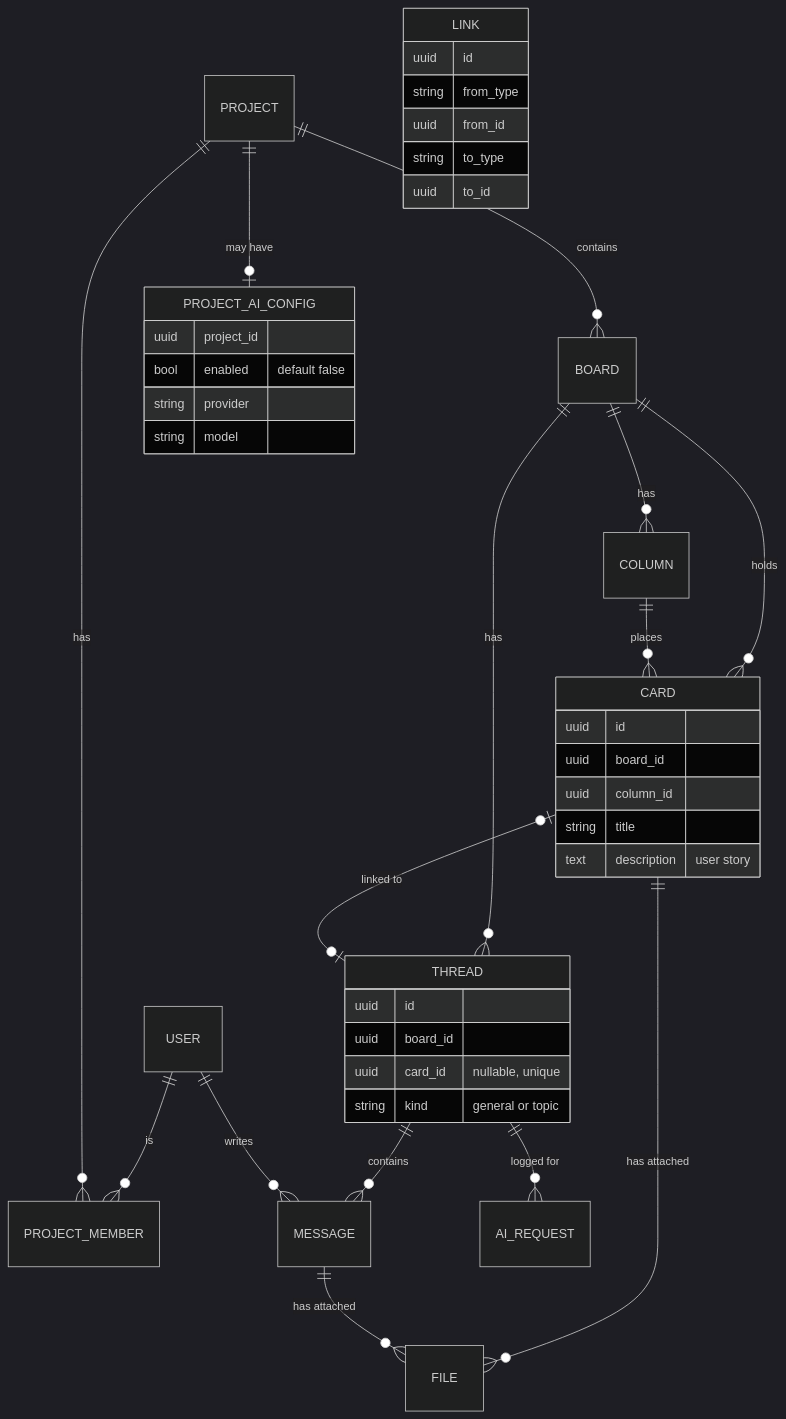
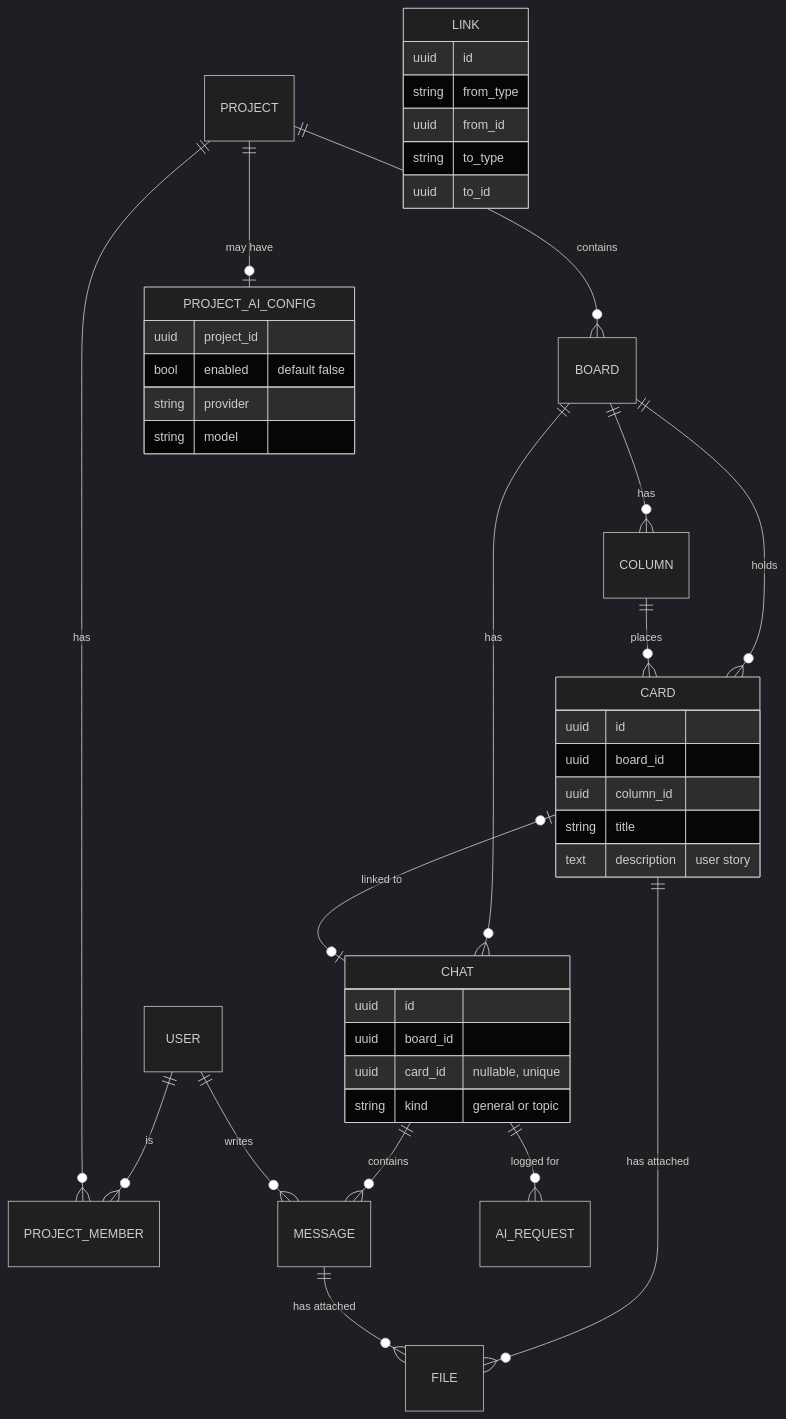
One commit to jongane/Tessera changed the diagram in docs/data-model.md. Above: the diagram before and after it, drawn with Mermaid (dark theme). The commit also changed other lines of this file and 56 other files, not shown here.

First line of the commit message:
refactor: rename thread to chat in the database, API and code (#28)

````diff
--- a/docs/data-model.md
+++ b/docs/data-model.md
@@ -7,44 +7,44 @@
 ```mermaid
 erDiagram
     USER ||--o{ PROJECT_MEMBER : "is"
     PROJECT ||--o{ PROJECT_MEMBER : "has"
     PROJECT ||--o{ BOARD : "contains"
     PROJECT ||--o| PROJECT_AI_CONFIG : "may have"
     BOARD ||--o{ COLUMN : "has"
     BOARD ||--o{ CARD : "holds"
     COLUMN ||--o{ CARD : "places"
-    BOARD ||--o{ THREAD : "has"
-    CARD |o--o| THREAD : "linked to"
-    THREAD ||--o{ MESSAGE : "contains"
+    BOARD ||--o{ CHAT : "has"
+    CARD |o--o| CHAT : "linked to"
+    CHAT ||--o{ MESSAGE : "contains"
     USER ||--o{ MESSAGE : "writes"
     CARD ||--o{ FILE : "has attached"
     MESSAGE ||--o{ FILE : "has attached"
-    THREAD ||--o{ AI_REQUEST : "logged for"
+    CHAT ||--o{ AI_REQUEST : "logged for"
 
-    THREAD {
+    CHAT {
         uuid id
         uuid board_id
         uuid card_id "nullable, unique"
         string kind "general or topic"
     }
     PROJECT_AI_CONFIG {
         uuid project_id
         bool enabled "default false"
         string provider
         string model
     }
     CARD {
         uuid id
         uuid board_id
         uuid column_id
         string title
         text description "user story"
     }
     LINK {
         uuid id
         string from_type
         uuid from_id
         string to_type
         uuid to_id
     }
 ```
````
